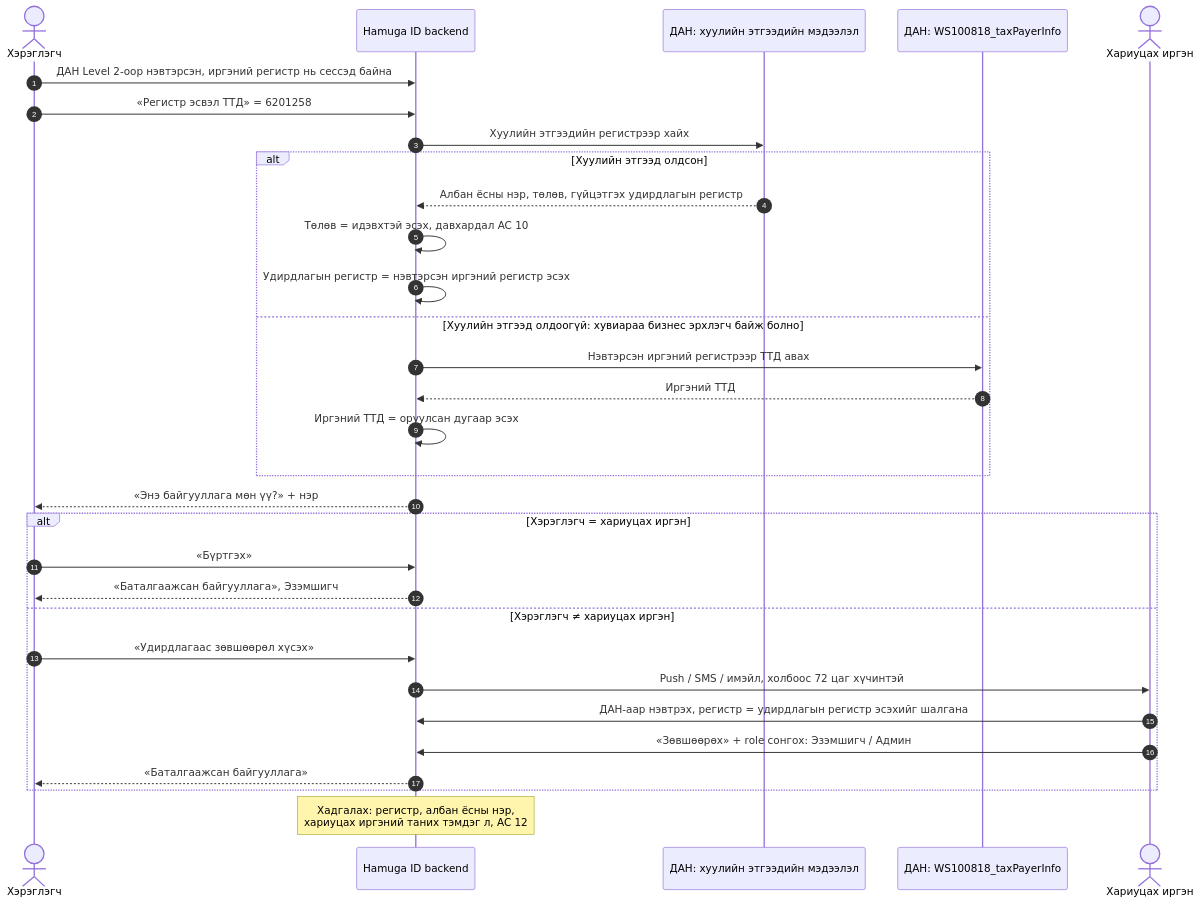
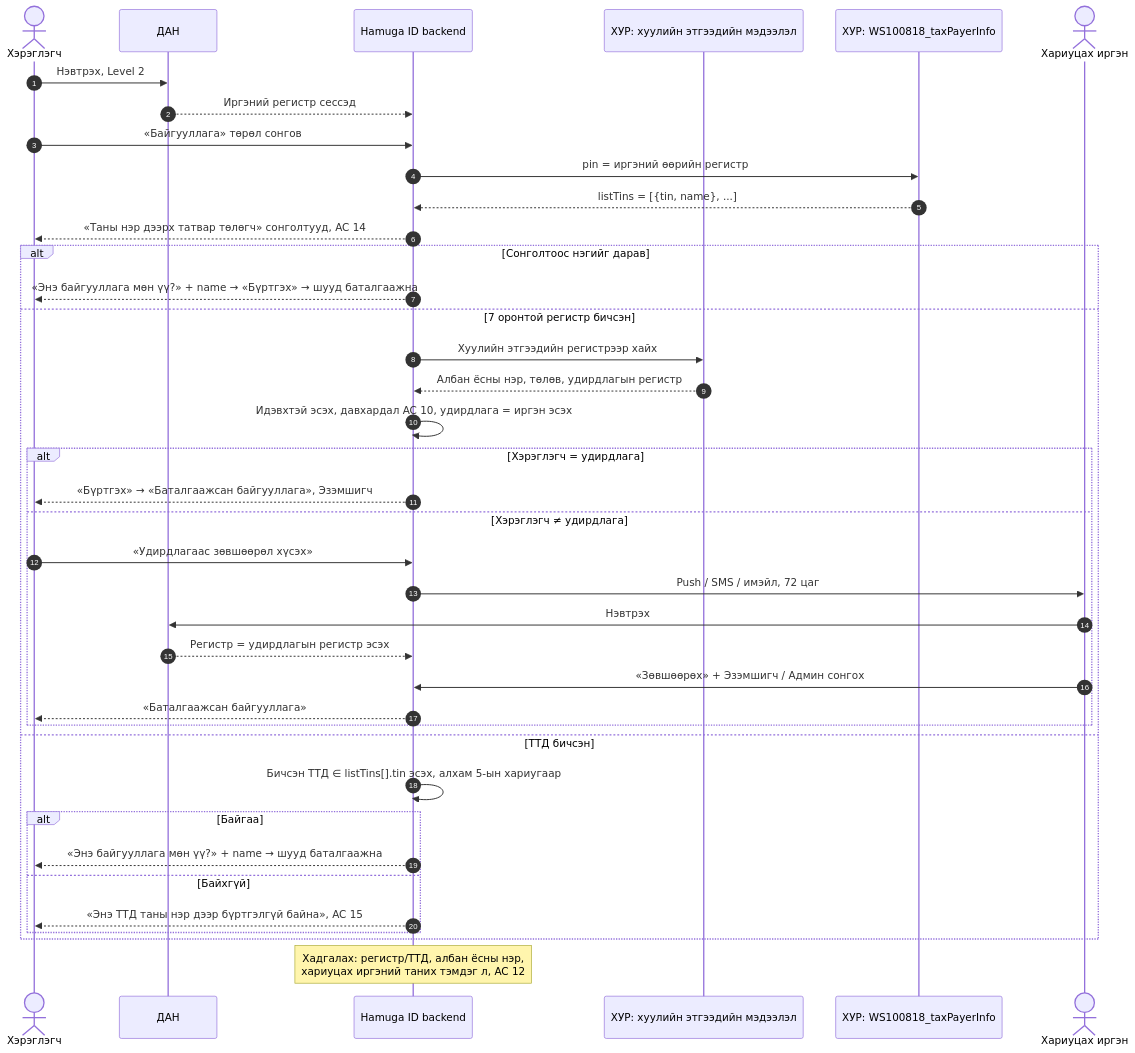
Before and after one commit to zayaennnn-arch/ID-Group: the fourth of 12 diagrams in docs/requirements/process-map-group-org-mn.md, drawn with Mermaid. The commit also changed other lines of this file and 3 other files, not shown here.

First line of the commit message:
NAV-029: use WS100818_taxPayerInfo contract (pin/tin -> listTins)

````diff
--- a/docs/requirements/process-map-group-org-mn.md
+++ b/docs/requirements/process-map-group-org-mn.md
@@ -131,34 +160,42 @@
 ```mermaid
 sequenceDiagram
     autonumber
     actor U as Хэрэглэгч
+    participant DAN as ДАН
     participant H as Hamuga ID backend
-    participant DL as ДАН: хуулийн этгээдийн мэдээлэл
-    participant DT as ДАН: WS100818_taxPayerInfo
+    participant LE as ХУР: хуулийн этгээдийн мэдээлэл
+    participant TX as ХУР: WS100818_taxPayerInfo
     actor D as Хариуцах иргэн
 
-    U->>H: ДАН Level 2-оор нэвтэрсэн, иргэний регистр нь сессэд байна
-    U->>H: «Регистр эсвэл ТТД» = 6201258
-    H->>DL: Хуулийн этгээдийн регистрээр хайх
-    alt Хуулийн этгээд олдсон
-        DL-->>H: Албан ёсны нэр, төлөв, гүйцэтгэх удирдлагын регистр
-        H->>H: Төлөв = идэвхтэй эсэх, давхардал AC 10
-        H->>H: Удирдлагын регистр = нэвтэрсэн иргэний регистр эсэх
-    else Хуулийн этгээд олдоогүй: хувиараа бизнес эрхлэгч байж болно
-        H->>DT: Нэвтэрсэн иргэний регистрээр ТТД авах
-        DT-->>H: Иргэний ТТД
-        H->>H: Иргэний ТТД = оруулсан дугаар эсэх
+    U->>DAN: Нэвтрэх, Level 2
+    DAN-->>H: Иргэний регистр сессэд
+    U->>H: «Байгууллага» төрөл сонгов
+    H->>TX: pin = иргэний өөрийн регистр
+    TX-->>H: listTins = [{tin, name}, ...]
+    H-->>U: «Таны нэр дээрх татвар төлөгч» сонголтууд, AC 14
+    alt Сонголтоос нэгийг дарав
+        H-->>U: «Энэ байгууллага мөн үү?» + name → «Бүртгэх» → шууд баталгаажна
+    else 7 оронтой регистр бичсэн
+        H->>LE: Хуулийн этгээдийн регистрээр хайх
+        LE-->>H: Албан ёсны нэр, төлөв, удирдлагын регистр
+        H->>H: Идэвхтэй эсэх, давхардал AC 10, удирдлага = иргэн эсэх
+        alt Хэрэглэгч = удирдлага
+            H-->>U: «Бүртгэх» → «Баталгаажсан байгууллага», Эзэмшигч
+        else Хэрэглэгч ≠ удирдлага
+            U->>H: «Удирдлагаас зөвшөөрөл хүсэх»
+            H->>D: Push / SMS / имэйл, 72 цаг
+            D->>DAN: Нэвтрэх
+            DAN-->>H: Регистр = удирдлагын регистр эсэх
+            D->>H: «Зөвшөөрөх» + Эзэмшигч / Админ сонгох
+            H-->>U: «Баталгаажсан байгууллага»
+        end
+    else ТТД бичсэн
+        H->>H: Бичсэн ТТД ∈ listTins[].tin эсэх, алхам 5-ын хариугаар
+        alt Байгаа
+            H-->>U: «Энэ байгууллага мөн үү?» + name → шууд баталгаажна
+        else Байхгүй
+            H-->>U: «Энэ ТТД таны нэр дээр бүртгэлгүй байна», AC 15
+        end
     end
-    H-->>U: «Энэ байгууллага мөн үү?» + нэр
-    alt Хэрэглэгч = хариуцах иргэн
-        U->>H: «Бүртгэх»
-        H-->>U: «Баталгаажсан байгууллага», Эзэмшигч
-    else Хэрэглэгч ≠ хариуцах иргэн
-        U->>H: «Удирдлагаас зөвшөөрөл хүсэх»
-        H->>D: Push / SMS / имэйл, холбоос 72 цаг хүчинтэй
-        D->>H: ДАН-аар нэвтрэх, регистр = удирдлагын регистр эсэхийг шалгана
-        D->>H: «Зөвшөөрөх» + role сонгох: Эзэмшигч / Админ
-        H-->>U: «Баталгаажсан байгууллага»
-    end
-    Note over H: Хадгалах: регистр, албан ёсны нэр,<br/>хариуцах иргэний таних тэмдэг л, AC 12
+    Note over H: Хадгалах: регистр/ТТД, албан ёсны нэр,<br/>хариуцах иргэний таних тэмдэг л, AC 12
 ```
````
